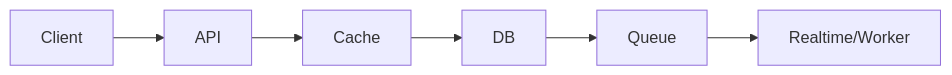
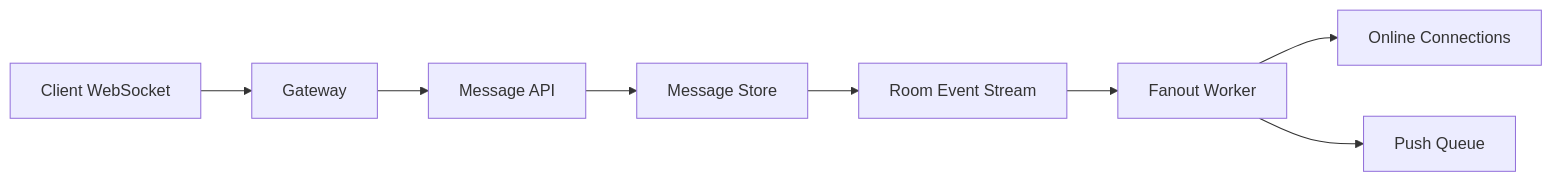
The diagram in content/System Design/14. 실전 설계 사례 URL Shortener Notification Chat/03. Chat System 설계 상세.md (thisis-joe/thisis-joe.github.io), drawn with Mermaid before and after one commit. The commit also changed other lines of this file and 595 other files, not shown here.

````diff
--- a/content/System Design/14. 실전 설계 사례 URL Shortener Notification Chat/03. Chat System 설계 상세.md
+++ b/content/System Design/14. 실전 설계 사례 URL Shortener Notification Chat/03. Chat System 설계 상세.md
@@ -42,8 +54,10 @@
 ```mermaid
 flowchart LR
-    A["Client"] --> B["API"]
-    B["API"] --> C["Cache"]
-    C["Cache"] --> D["DB"]
-    D["DB"] --> E["Queue"]
-    E["Queue"] --> F["Realtime/Worker"]
+    A["Client WebSocket"] --> B["Gateway"]
+    B --> C["Message API"]
+    C --> D["Message Store"]
+    D --> E["Room Event Stream"]
+    E --> F["Fanout Worker"]
+    F --> G["Online Connections"]
+    F --> H["Push Queue"]
 ```
````
